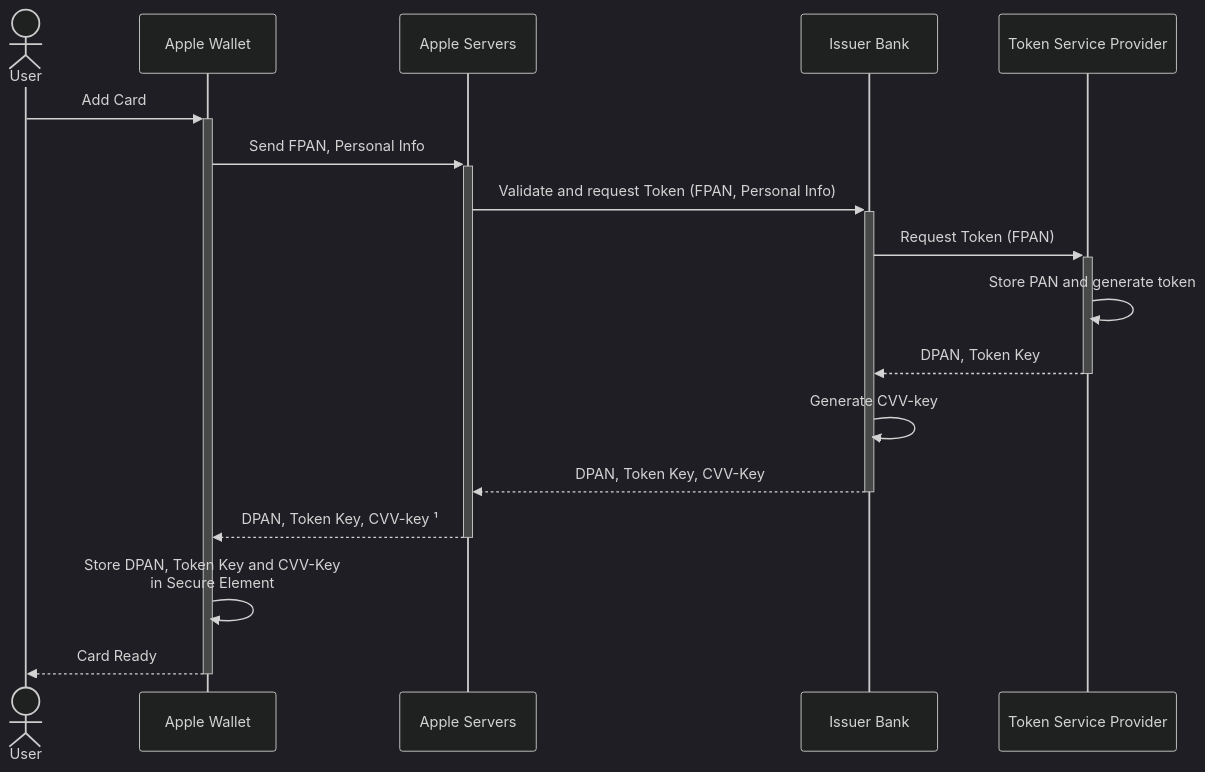
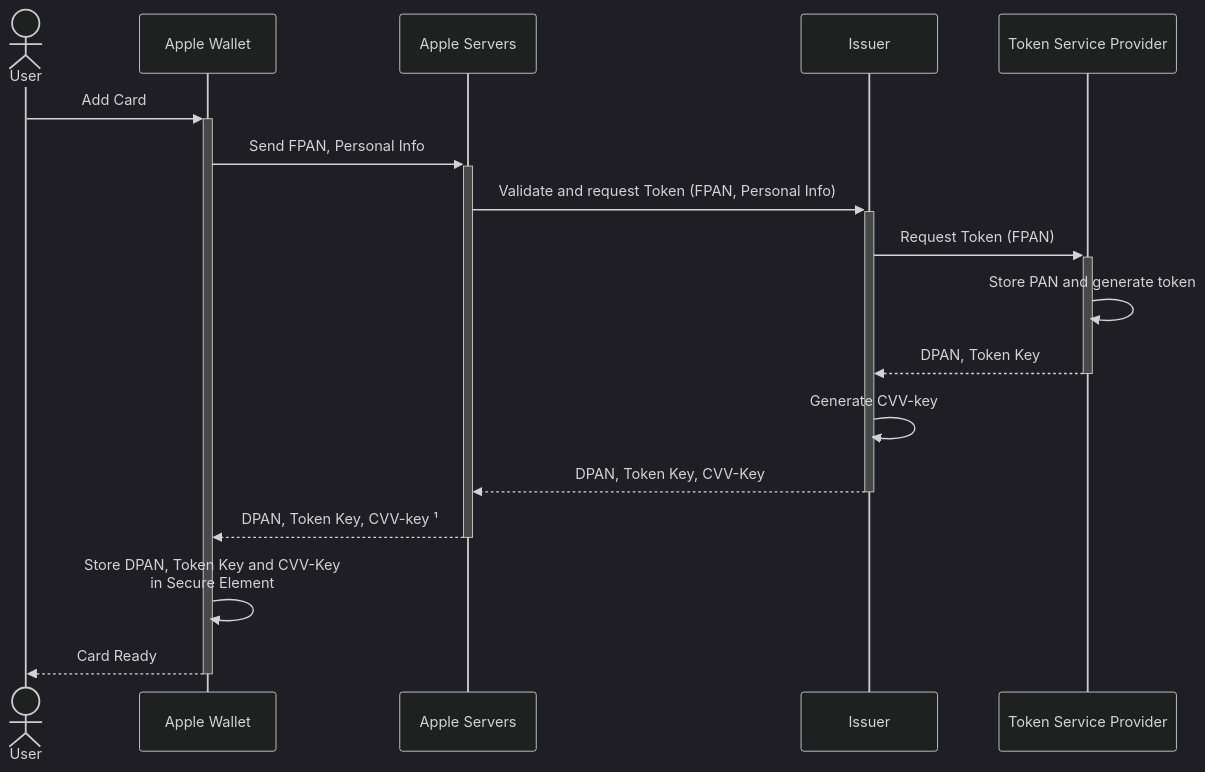
The first of 2 diagrams in docs/guides/apple-pay/overview.mdx (Basis-Theory/developers.basistheory.com), drawn with Mermaid (dark theme) before and after one commit. The commit also changed other lines of this file, not shown here.

````diff
--- a/docs/guides/apple-pay/overview.mdx
+++ b/docs/guides/apple-pay/overview.mdx
@@ -32,21 +32,20 @@
 ```mermaid
 sequenceDiagram
     actor u as User
     participant aw as Apple Wallet
     participant as as Apple Servers
-    participant ib as Issuer Bank
+    participant ib as Issuer
     participant tsp as Token Service Provider
 
     u ->>+ aw: Add Card
     aw ->>+ as: Send FPAN, Personal Info
     as ->>+ ib: Validate and request Token (FPAN, Personal Info)
     ib ->>+ tsp: Request Token (FPAN)
     tsp ->> tsp: Store PAN and generate token
     tsp -->>- ib: DPAN, Token Key
     ib ->> ib: Generate CVV-key
     ib -->>- as: DPAN, Token Key, CVV-Key
     as -->>- aw: DPAN, Token Key, CVV-key ¹
     aw ->> aw: Store DPAN, Token Key and CVV-Key<br>in Secure Element
     aw -->>- u: Card Ready
-
 ```
````
